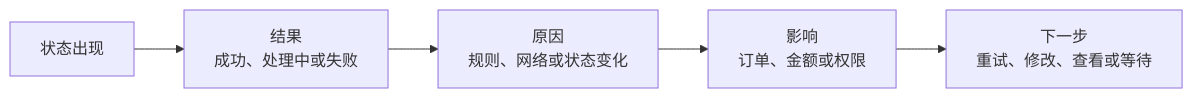
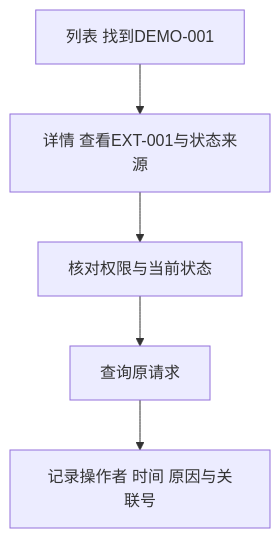
The diagram in content/articles/admin-information-hierarchy.md (micjordan9527/game), drawn with Mermaid before and after one commit. The commit also changed other lines of this file and 15 other files, not shown here.

````diff
--- a/content/articles/admin-information-hierarchy.md
+++ b/content/articles/admin-information-hierarchy.md
@@ -78,7 +48,7 @@
 ```mermaid
-flowchart LR
-  A[状态出现] --> B[结果<br/>成功、处理中或失败]
-  B --> C[原因<br/>规则、网络或状态变化]
-  C --> D[影响<br/>订单、金额或权限]
-  D --> E[下一步<br/>重试、修改、查看或等待]
+flowchart TD
+  A[列表 找到DEMO-001] --> B[详情 查看EXT-001与状态来源]
+  B --> C[核对权限与当前状态]
+  C --> D[查询原请求]
+  D --> E[记录操作者 时间 原因与关联号]
 ```
````
